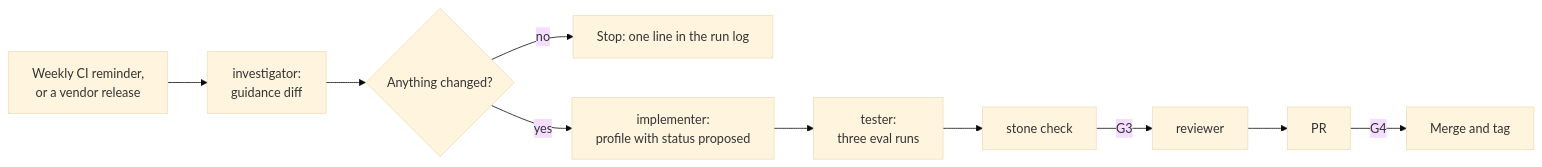
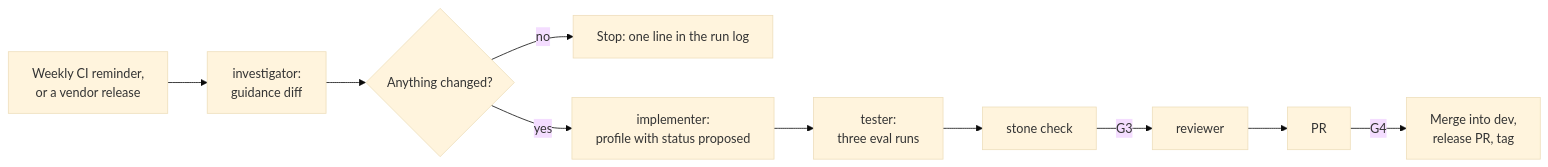
One commit to brawblan/ai-workflow changed the diagram in docs/guides/adapter-refresh.md. Above: the diagram before and after it, drawn with Mermaid (base theme). The commit also changed other lines of this file and 4 other files, not shown here.

First line of the commit message:
docs(release): PRs go into dev, and a release is a PR from dev into main (#157)

````diff
--- a/docs/guides/adapter-refresh.md
+++ b/docs/guides/adapter-refresh.md
@@ -19,8 +19,8 @@
 ```mermaid
 flowchart LR
   W[Weekly CI reminder,<br/>or a vendor release] --> I[investigator:<br/>guidance diff]
   I --> C{Anything changed?}
   C -->|no| X[Stop: one line in the run log]
   C -->|yes| B[implementer:<br/>profile with status proposed]
-  B --> T[tester:<br/>three eval runs] --> K[stone check] -->|G3| R[reviewer] --> PR[PR] -->|G4| M[Merge and tag]
+  B --> T[tester:<br/>three eval runs] --> K[stone check] -->|G3| R[reviewer] --> PR[PR] -->|G4| M[Merge into dev,<br/>release PR, tag]
 ```
````
